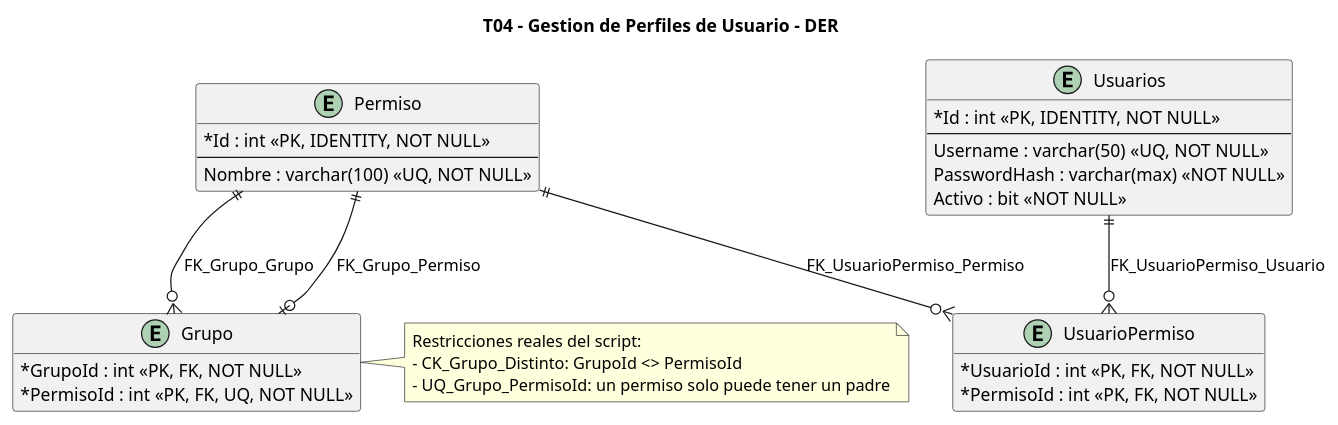
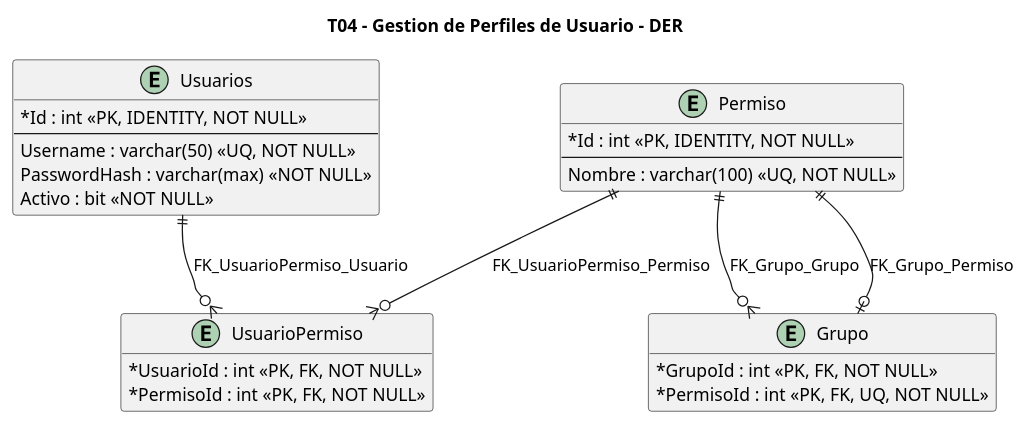
The diagram in diagramas/T04-perfiles-usuario/T04-perfiles-usuario-datos.puml (aggutierrez98/TP-TD), drawn with PlantUML before and after one commit. The commit also changed 7 other files, not shown here.

Commit message:
Eliminar comentarios de diagramas

```diff
--- a/diagramas/T04-perfiles-usuario/T04-perfiles-usuario-datos.puml
+++ b/diagramas/T04-perfiles-usuario/T04-perfiles-usuario-datos.puml
@@ -1,43 +1,37 @@
 @startuml
 title T04 - Gestion de Perfiles de Usuario - DER
 
 hide methods
 hide stereotypes
 skinparam classAttributeIconSize 0
 
 entity "Usuarios" as Usuarios {
   *Id : int <<PK, IDENTITY, NOT NULL>>
   --
   Username : varchar(50) <<UQ, NOT NULL>>
   PasswordHash : varchar(max) <<NOT NULL>>
   Activo : bit <<NOT NULL>>
 }
 
 entity "Permiso" as Permiso {
   *Id : int <<PK, IDENTITY, NOT NULL>>
   --
   Nombre : varchar(100) <<UQ, NOT NULL>>
 }
 
 entity "Grupo" as Grupo {
   *GrupoId : int <<PK, FK, NOT NULL>>
   *PermisoId : int <<PK, FK, UQ, NOT NULL>>
 }
 
 entity "UsuarioPermiso" as UsuarioPermiso {
   *UsuarioId : int <<PK, FK, NOT NULL>>
   *PermisoId : int <<PK, FK, NOT NULL>>
 }
 
 Permiso ||--o{ Grupo : FK_Grupo_Grupo
 Permiso ||--o| Grupo : FK_Grupo_Permiso
 Usuarios ||--o{ UsuarioPermiso : FK_UsuarioPermiso_Usuario
 Permiso ||--o{ UsuarioPermiso : FK_UsuarioPermiso_Permiso
 
-note right of Grupo
-  Restricciones reales del script:
-  - CK_Grupo_Distinto: GrupoId <> PermisoId
-  - UQ_Grupo_PermisoId: un permiso solo puede tener un padre
-end note
-
 @enduml
```
